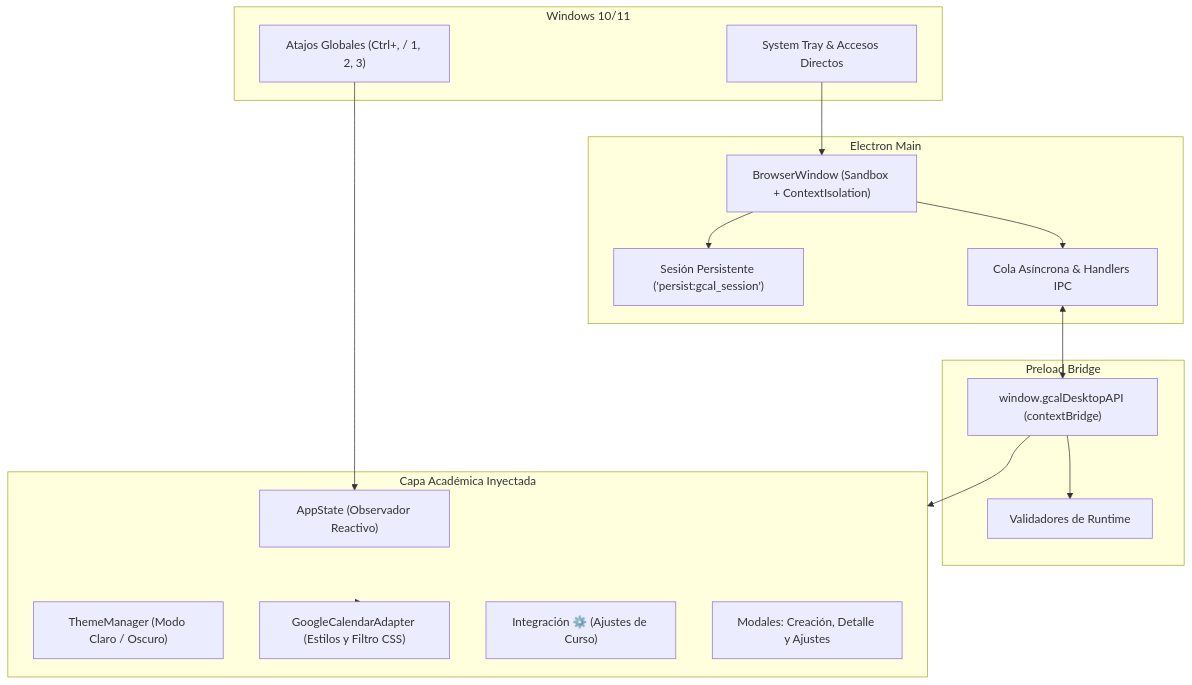
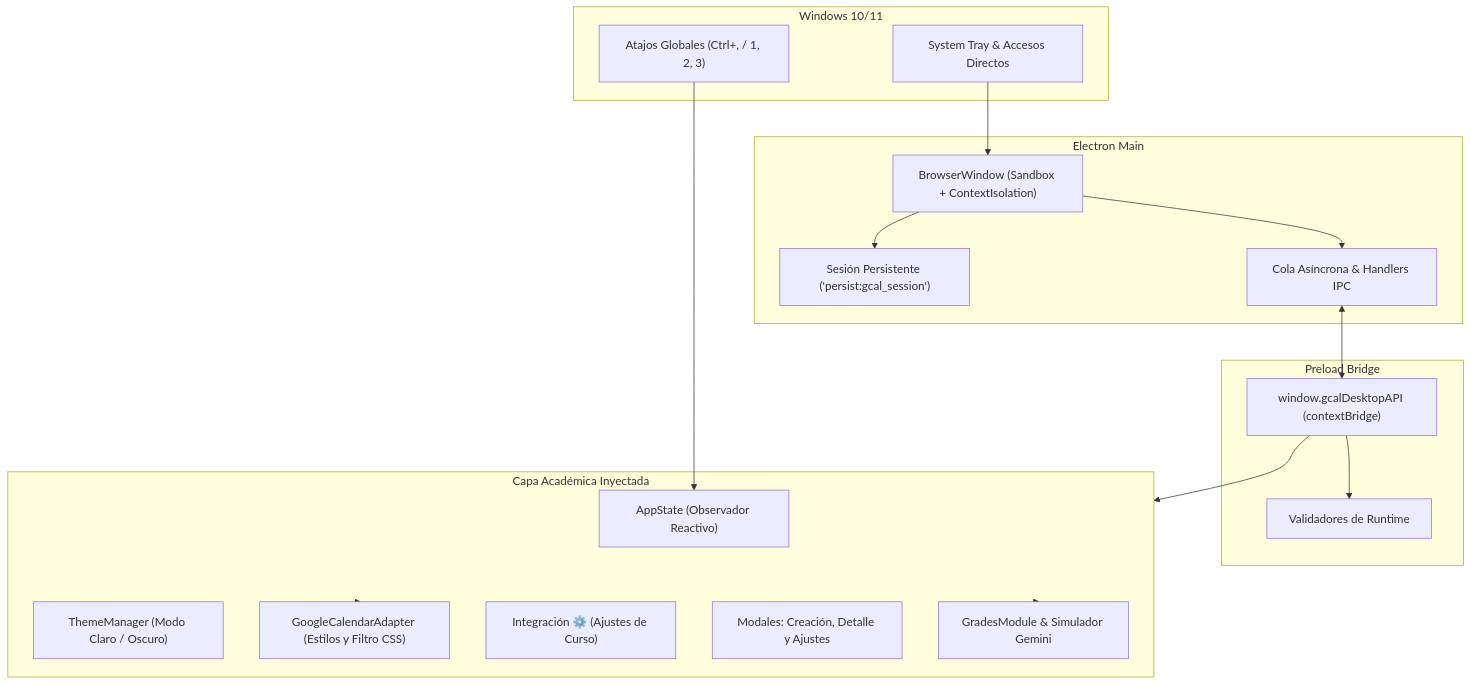
One commit to dukecorse1972/cursa-calendar changed the diagram in README.md. Above: the diagram before and after it, drawn with Mermaid. The commit also changed other lines of this file and 91 other files, not shown here.

````diff
--- a/README.md
+++ b/README.md
@@ -169,35 +172,37 @@
 ```mermaid
 flowchart TD
     subgraph OS["Windows 10/11"]
         Tray["System Tray & Accesos Directos"]
         Shortcuts["Atajos Globales (Ctrl+, / 1, 2, 3)"]
     end
 
     subgraph Main["Electron Main"]
         Session["Sesión Persistente ('persist:gcal_session')"]
         Window["BrowserWindow (Sandbox + ContextIsolation)"]
         IPC["Cola Asíncrona & Handlers IPC"]
     end
 
     subgraph Preload["Preload Bridge"]
         API["window.gcalDesktopAPI (contextBridge)"]
         Val["Validadores de Runtime"]
     end
 
     subgraph Injected["Capa Académica Inyectada"]
         State["AppState (Observador Reactivo)"]
         Theme["ThemeManager (Modo Claro / Oscuro)"]
         Adapter["GoogleCalendarAdapter (Estilos y Filtro CSS)"]
         Gear["Integración ⚙️ (Ajustes de Curso)"]
         Modals["Modales: Creación, Detalle y Ajustes"]
+        Grades["GradesModule & Simulador Gemini"]
     end
 
     Tray --> Window
     Shortcuts --> State
     Window --> Session
     Window --> IPC
     IPC <--> API
     API --> Val
     API --> Injected
     Injected --> Adapter
+    Injected --> Grades
 ```
````
